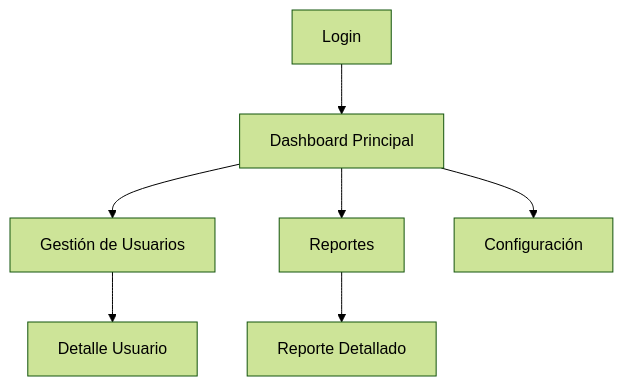
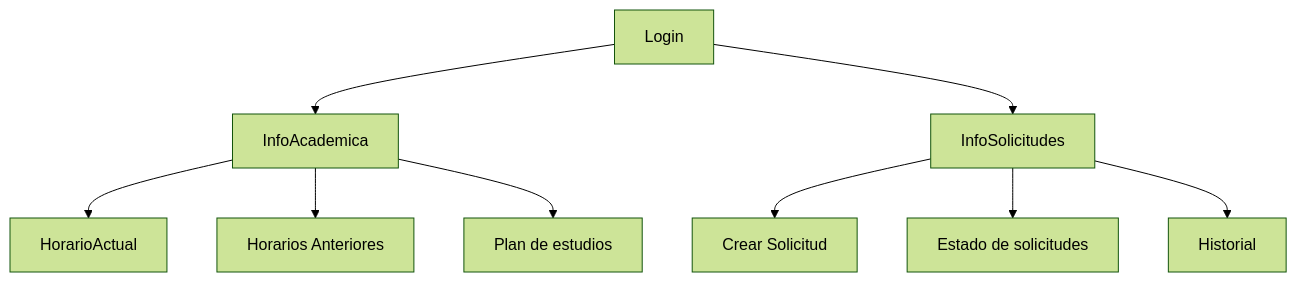
Before and after one commit to LeanCode-DOSW/SIRHA-FrontEnd: the first of 2 diagrams in README.md, drawn with Mermaid (forest theme). The commit also changed other lines of this file, not shown here.

Commit message:
juan.guayazan-c: Actualizar el diagrama de navegación para Estudiante en README
Added navigation diagram for academic information and requests.

````diff
--- a/README.md
+++ b/README.md
@@ -44,9 +45,12 @@
 ```mermaid
 graph TD;
-    Login[Login] --> Dashboard[Dashboard Principal];
-    Dashboard --> GestionUsuarios[Gestión de Usuarios];
-    Dashboard --> Reportes[Reportes];
-    Dashboard --> Configuracion[Configuración];
-    GestionUsuarios --> DetalleUsuario[Detalle Usuario];
-    Reportes --> ReporteIndividual[Reporte Detallado];
+   Login[Login] --> InfoAcademica[InfoAcademica];
+   InfoAcademica[InfoAcademica] --> HorarioActual[HorarioActual];
+   InfoAcademica[InfoAcademica] --> HorariosAnteriores[Horarios Anteriores];
+   InfoAcademica[InfoAcademica] --> PlanDeEstudios[Plan de estudios];
+   Login[Login] --> InfoSolicitudes[InfoSolicitudes];
+   InfoSolicitudes[InfoSolicitudes] --> CrearSolicitud[Crear Solicitud];
+   InfoSolicitudes[InfoSolicitudes] --> EstadoDeSolicitudes[Estado de solicitudes];
+   InfoSolicitudes[InfoSolicitudes] --> Historial[Historial];
+
 ```
````
